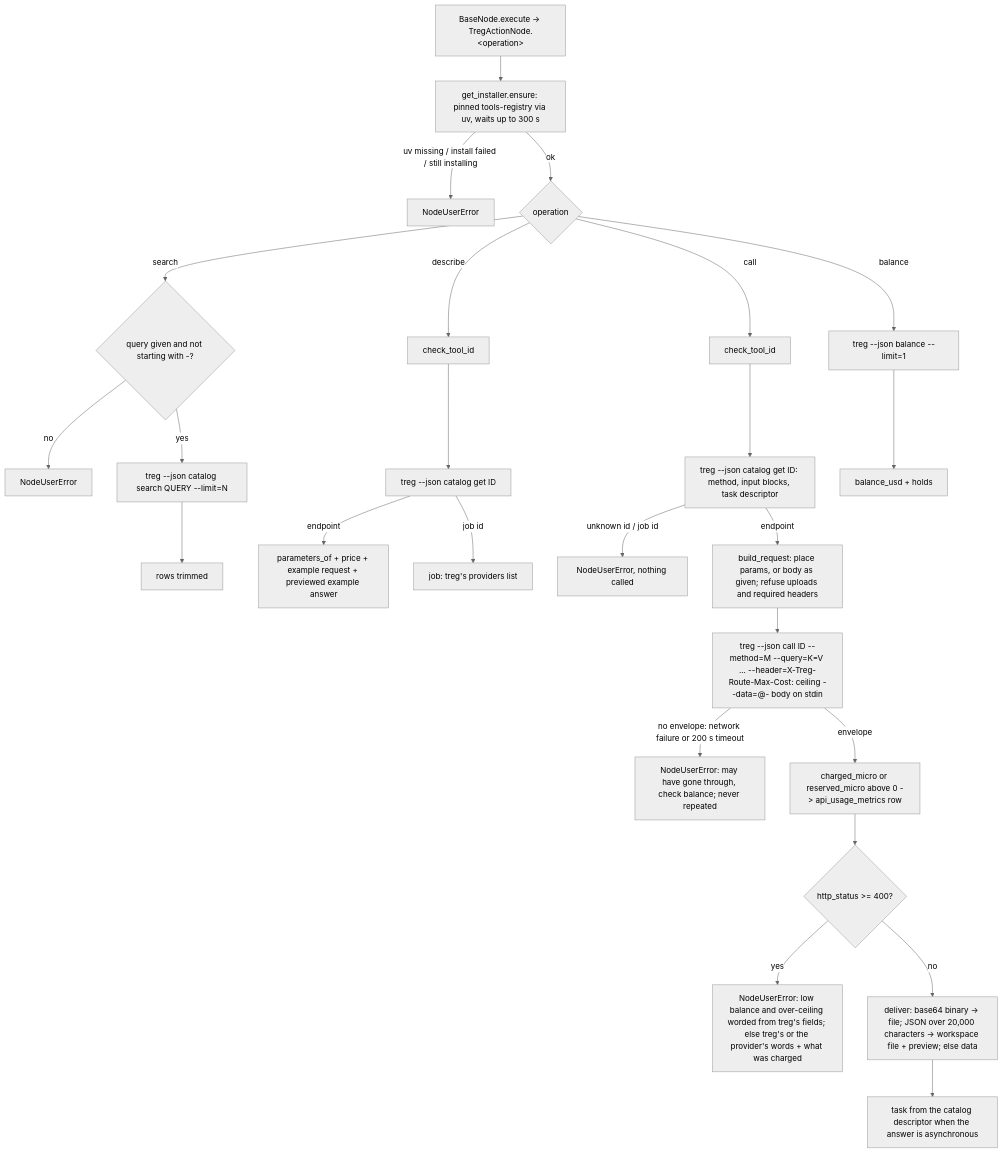
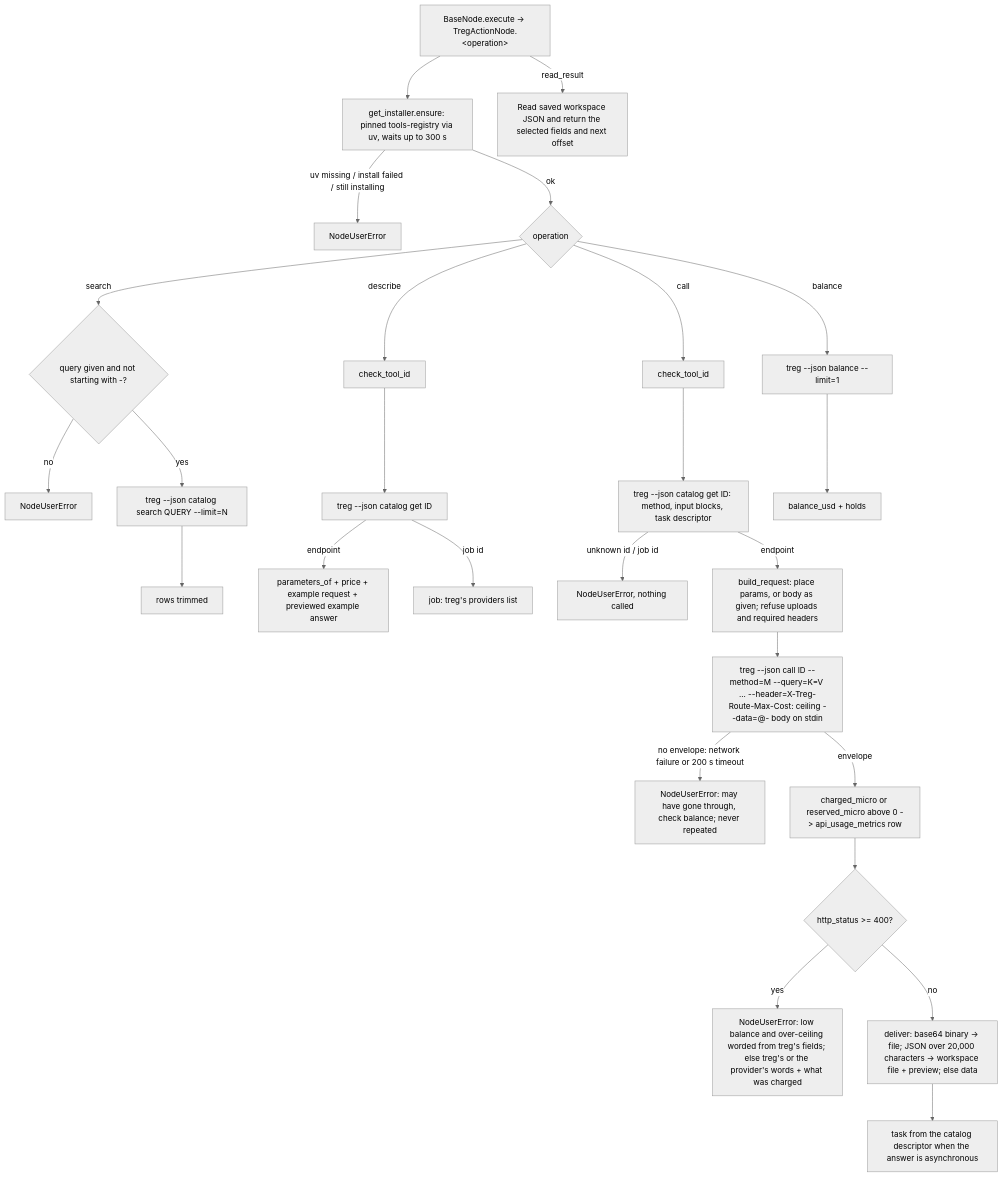
One commit to zeenie-ai/OpenCompany changed the diagram in docs-internal/node-logic-flows/web_automation/tregAction.md. Above: the diagram before and after it, drawn with Mermaid (neutral theme). The commit also changed other lines of this file and 19 other files, not shown here.

Commit message:
fix(employees): read saved search results and clarify blocked reviews

````diff
--- a/docs-internal/node-logic-flows/web_automation/tregAction.md
+++ b/docs-internal/node-logic-flows/web_automation/tregAction.md
@@ -124,23 +137,24 @@
 ```mermaid
 flowchart TD
   A[BaseNode.execute -> TregActionNode.&lt;operation&gt;] --> I[get_installer.ensure: pinned tools-registry via uv, waits up to 300 s]
+  A -- read_result --> R[Read saved workspace JSON and return the selected fields and next offset]
   I -- uv missing / install failed / still installing --> Ei[NodeUserError]
   I -- ok --> B{operation}
   B -- search --> S1{query given and not starting with -?}
   S1 -- no --> Eq[NodeUserError]
   S1 -- yes --> S2[treg --json catalog search QUERY --limit=N] --> S3[rows trimmed]
   B -- describe --> D1[check_tool_id] --> D2[treg --json catalog get ID]
   D2 -- endpoint --> D3[parameters_of + price + example request + previewed example answer]
   D2 -- job id --> D4[job: treg's providers list]
   B -- call --> C1[check_tool_id] --> C2[treg --json catalog get ID: method, input blocks, task descriptor]
   C2 -- unknown id / job id --> Ec[NodeUserError, nothing called]
   C2 -- endpoint --> C3[build_request: place params, or body as given; refuse uploads and required headers]
   C3 --> C4[treg --json call ID --method=M --query=K=V ... --header=X-Treg-Route-Max-Cost: ceiling --data=@- body on stdin]
   C4 -- no envelope: network failure or 200 s timeout --> Et[NodeUserError: may have gone through, check balance; never repeated]
   C4 -- envelope --> C5[charged_micro or reserved_micro above 0 -> api_usage_metrics row]
   C5 --> C6{http_status >= 400?}
   C6 -- yes --> Ef[NodeUserError: low balance and over-ceiling worded from treg's fields; else treg's or the provider's words + what was charged]
   C6 -- no --> C7[deliver: base64 binary -> file; JSON over 20,000 characters -> workspace file + preview; else data]
   C7 --> C8[task from the catalog descriptor when the answer is asynchronous]
   B -- balance --> B1[treg --json balance --limit=1] --> B2[balance_usd + holds]
 ```
````
